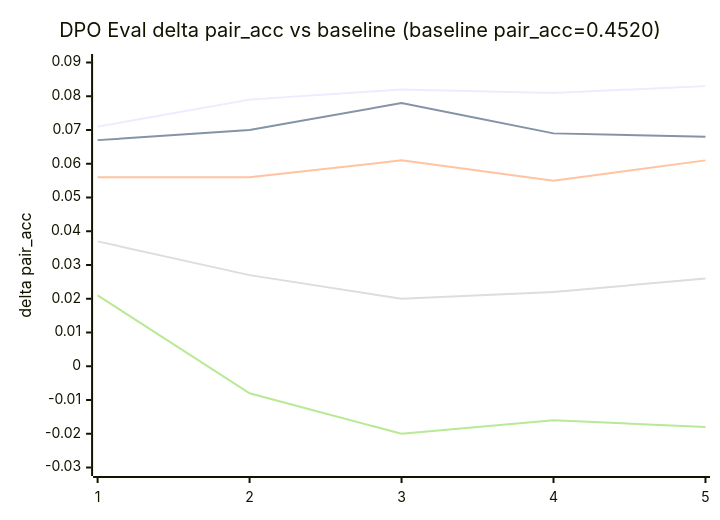
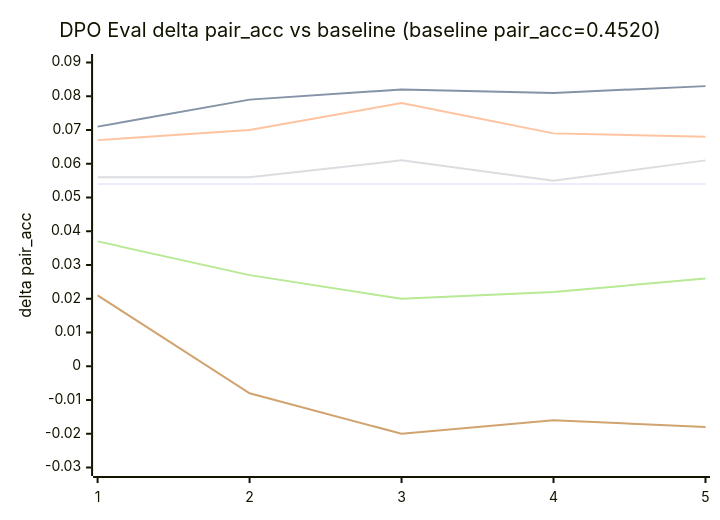
Before and after one commit to ethanlou36/implicit_finetuning: the second of 2 diagrams in README.md, drawn with Mermaid. The commit also changed other lines of this file, not shown here.

````diff
--- a/README.md
+++ b/README.md
@@ -135,11 +137,12 @@
 ```mermaid
 xychart-beta
     title "DPO Eval delta pair_acc vs baseline (baseline pair_acc=0.4520)"
     x-axis [1, 2, 3, 4, 5]
     y-axis "delta pair_acc" -0.03 --> 0.09
+    line [0.054, 0.054, 0.054, 0.054, 0.054]
     line [0.071, 0.079, 0.082, 0.081, 0.083]
     line [0.067, 0.070, 0.078, 0.069, 0.068]
     line [0.056, 0.056, 0.061, 0.055, 0.061]
     line [0.037, 0.027, 0.020, 0.022, 0.026]
     line [0.021, -0.008, -0.020, -0.016, -0.018]
 ```
````
